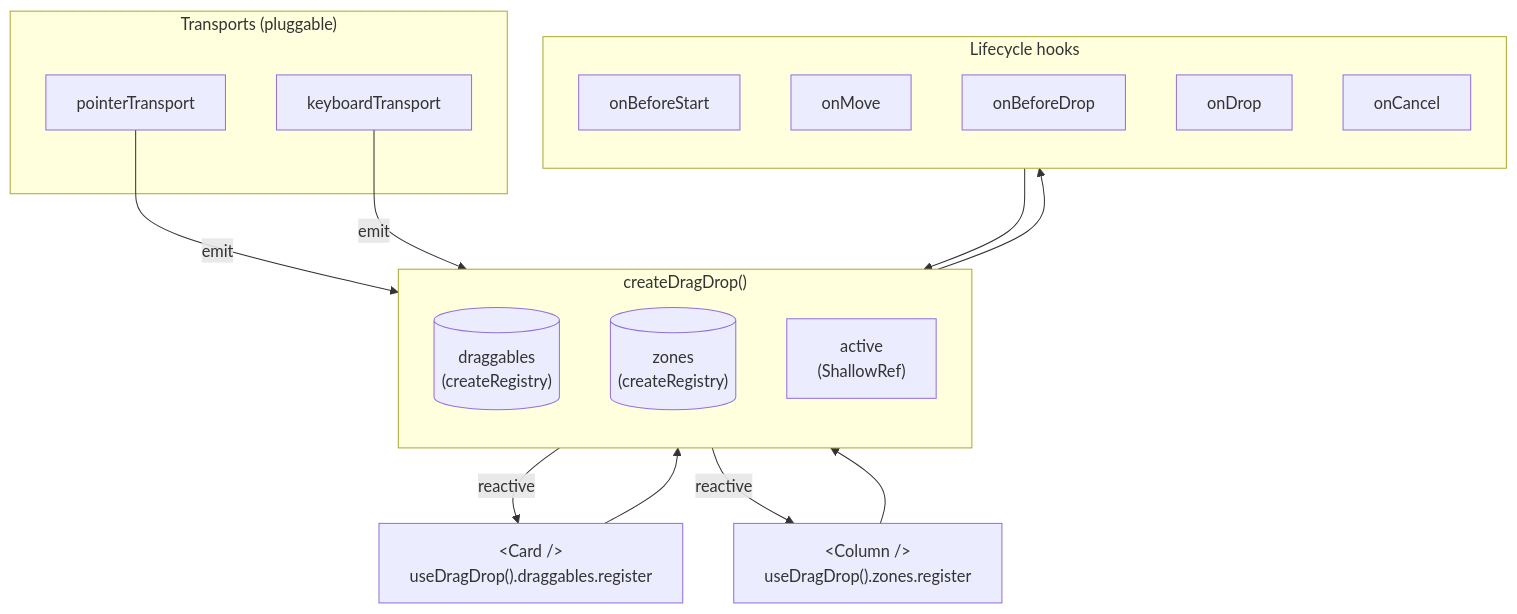
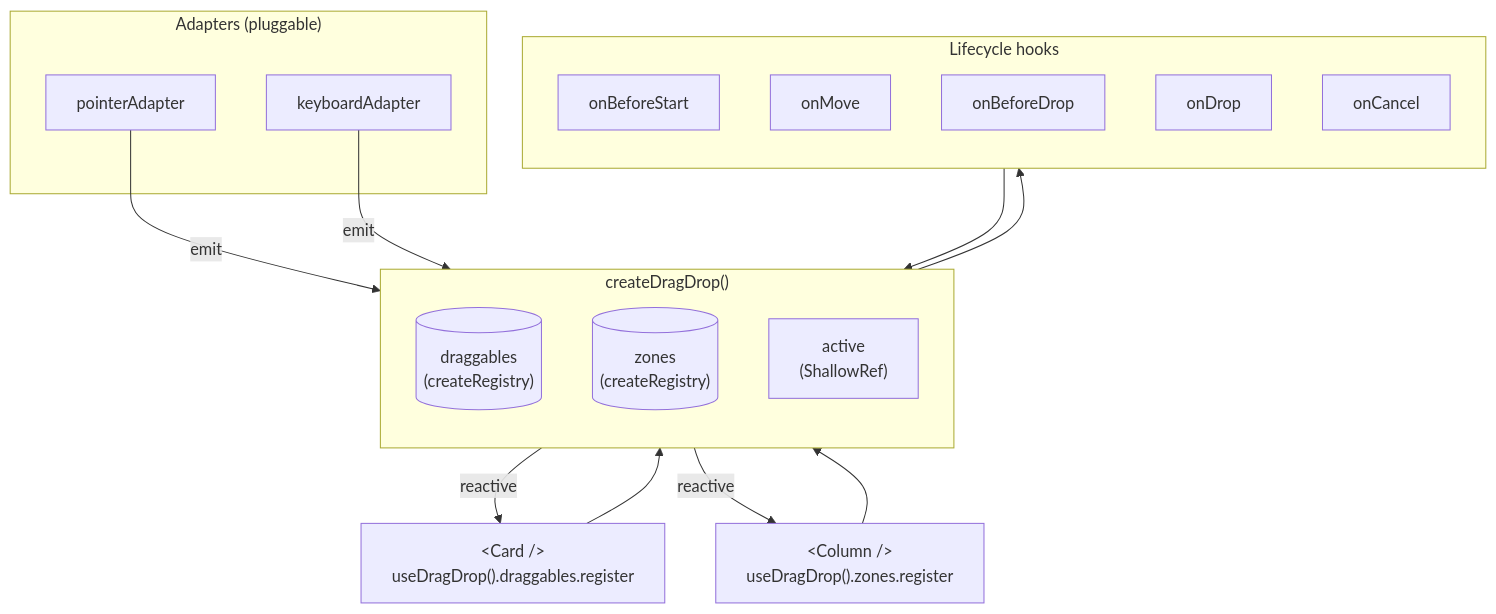
The diagram in apps/docs/src/pages/composables/utilities/create-drag-drop.md (vuetifyjs/0), drawn with Mermaid before and after one commit. The commit also changed other lines of this file and 6 other files, not shown here.

First line of the commit message:
refactor(createDragDrop): rename Transport → Adapter to match v0 convention

````diff
--- a/apps/docs/src/pages/composables/utilities/create-drag-drop.md
+++ b/apps/docs/src/pages/composables/utilities/create-drag-drop.md
@@ -54,34 +54,34 @@
 ```mermaid "createDragDrop architecture"
 flowchart TD
   subgraph factory["createDragDrop()"]
     direction TB
     draggables[("draggables<br/>(createRegistry)")]
     zones[("zones<br/>(createRegistry)")]
     active["active<br/>(ShallowRef)"]
   end
 
-  subgraph transports["Transports (pluggable)"]
-    pointer["pointerTransport"]
-    keyboard["keyboardTransport"]
+  subgraph adapters["Adapters (pluggable)"]
+    pointer["pointerAdapter"]
+    keyboard["keyboardAdapter"]
   end
 
   subgraph hooks["Lifecycle hooks"]
     direction TB
     onBeforeStart
     onMove
     onBeforeDrop
     onDrop
     onCancel
   end
 
   child1["&lt;Card /&gt;<br/>useDragDrop().draggables.register"] --> draggables
   child2["&lt;Column /&gt;<br/>useDragDrop().zones.register"] --> zones
 
   pointer -->|emit| factory
   keyboard -->|emit| factory
   factory --> hooks
   hooks --> active
 
   active -->|reactive| child1
   active -->|reactive| child2
 ```
````
